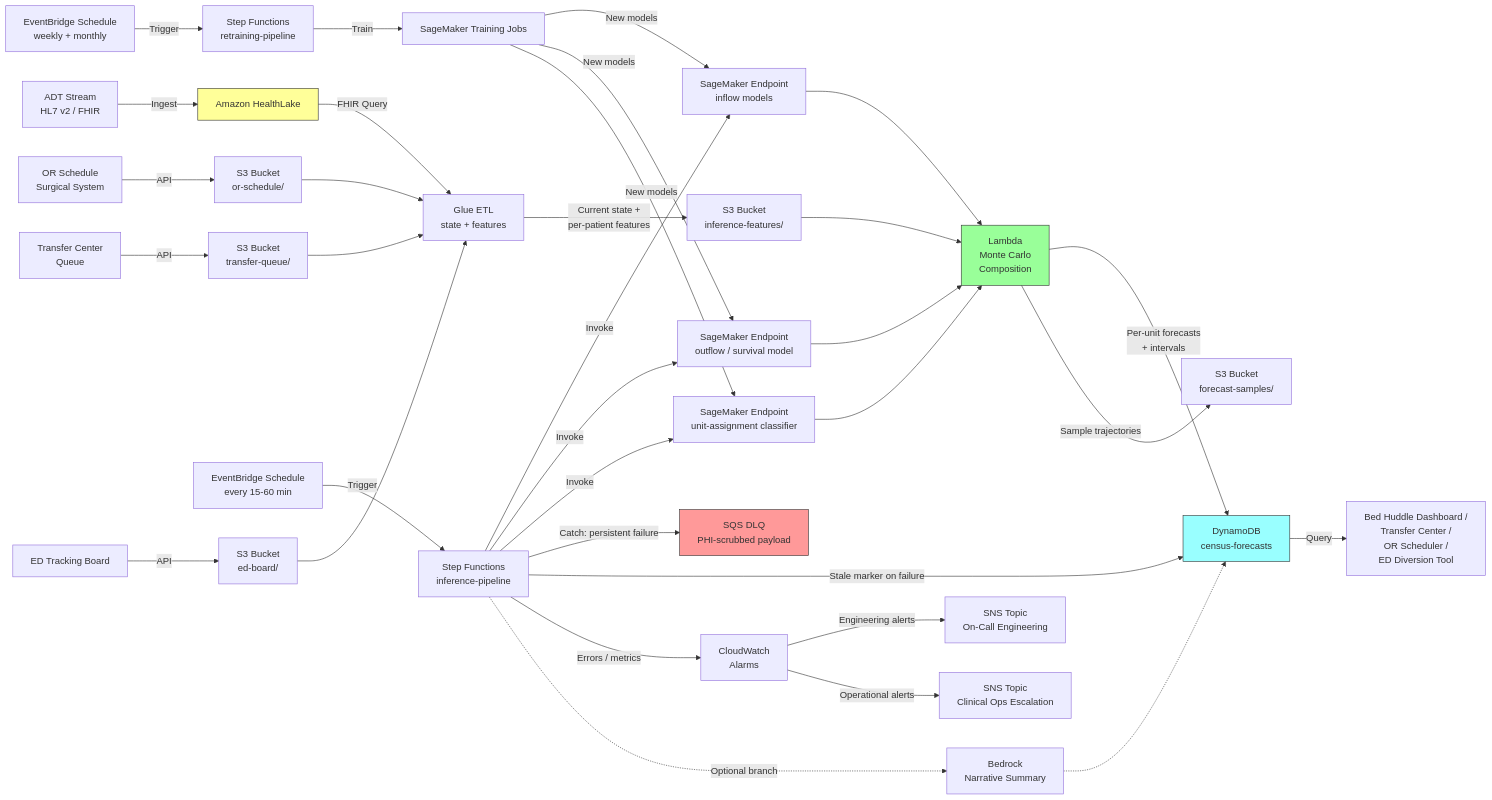
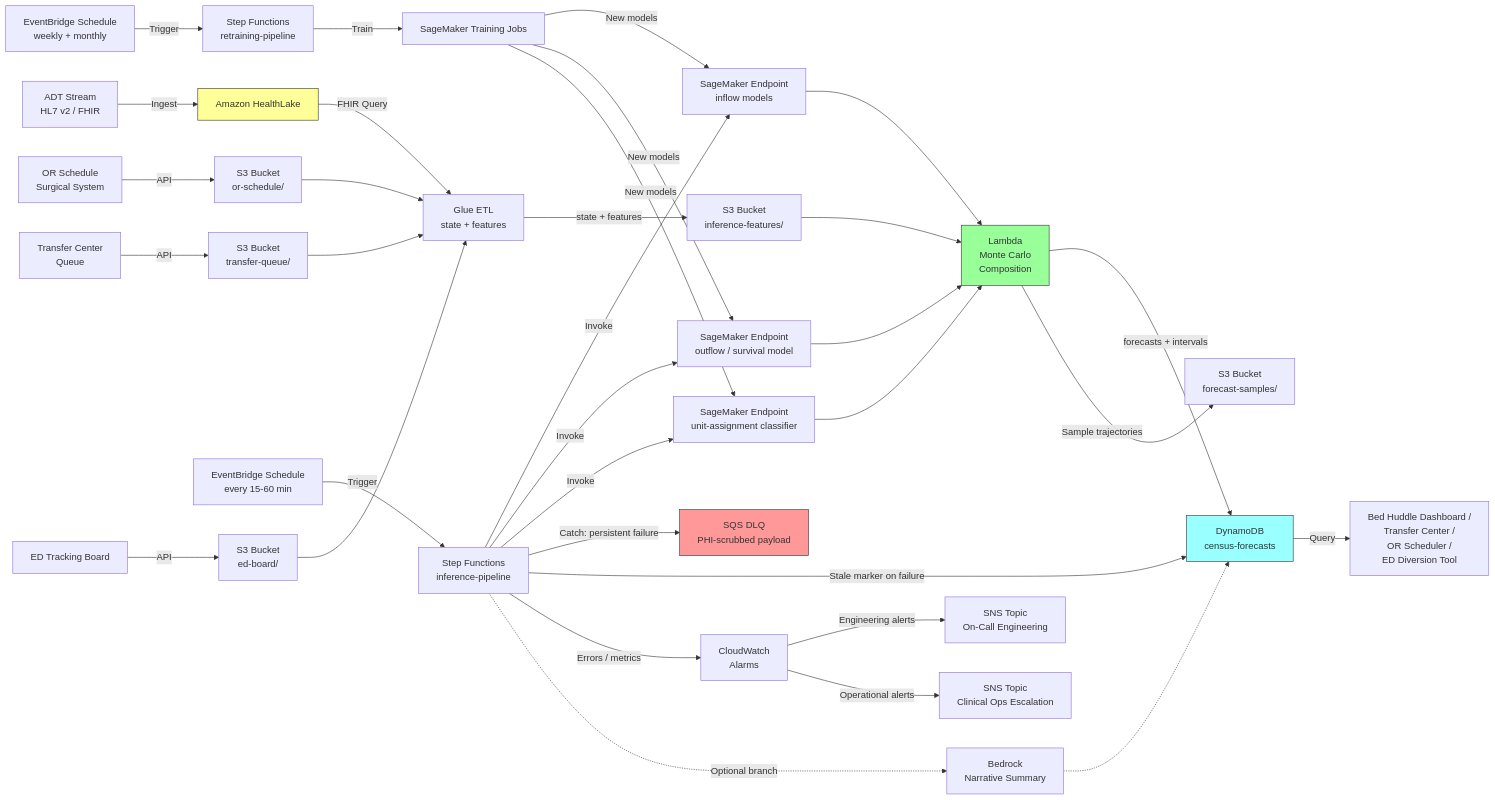
One commit to ccrngd1/HCLS-ai-book changed the diagram in chapter12.05-architecture.md. Above: the diagram before and after it, drawn with Mermaid. The commit also changed other lines of this file and 185 other files, not shown here.

````diff
--- a/chapter12.05-architecture.md
+++ b/chapter12.05-architecture.md
@@ -39,40 +39,40 @@
 ```mermaid
 flowchart LR
     A[ADT Stream<br/>HL7 v2 / FHIR] -->|Ingest| B[Amazon HealthLake]
     OR[OR Schedule<br/>Surgical System] -->|API| C[S3 Bucket<br/>or-schedule/]
     TC[Transfer Center<br/>Queue] -->|API| D[S3 Bucket<br/>transfer-queue/]
     ED[ED Tracking Board] -->|API| E[S3 Bucket<br/>ed-board/]
     B -->|FHIR Query| F[Glue ETL<br/>state + features]
     C --> F
     D --> F
     E --> F
-    F -->|Current state +<br/>per-patient features| G[S3 Bucket<br/>inference-features/]
+    F -->|"state + features"| G[S3 Bucket<br/>inference-features/]
     H[EventBridge Schedule<br/>every 15-60 min] -->|Trigger| I[Step Functions<br/>inference-pipeline]
     I -->|Invoke| J[SageMaker Endpoint<br/>inflow models]
     I -->|Invoke| K[SageMaker Endpoint<br/>outflow / survival model]
     I -->|Invoke| L[SageMaker Endpoint<br/>unit-assignment classifier]
     J --> M[Lambda<br/>Monte Carlo<br/>Composition]
     K --> M
     L --> M
     G --> M
-    M -->|Per-unit forecasts<br/>+ intervals| N[DynamoDB<br/>census-forecasts]
+    M -->|"forecasts + intervals"| N[DynamoDB<br/>census-forecasts]
     M -->|Sample trajectories| O[S3 Bucket<br/>forecast-samples/]
     N -->|Query| P[Bed Huddle Dashboard /<br/>Transfer Center /<br/>OR Scheduler /<br/>ED Diversion Tool]
     R[EventBridge Schedule<br/>weekly + monthly] -->|Trigger| S[Step Functions<br/>retraining-pipeline]
     S -->|Train| T[SageMaker Training Jobs]
     T -->|New models| J
     T -->|New models| K
     T -->|New models| L
     I -->|Catch: persistent failure| DLQ[SQS DLQ<br/>PHI-scrubbed payload]
     I -->|Stale marker on failure| N
     I -->|Errors / metrics| Z[CloudWatch<br/>Alarms]
     Z -->|Engineering alerts| SNS1[SNS Topic<br/>On-Call Engineering]
     Z -->|Operational alerts| SNS2[SNS Topic<br/>Clinical Ops Escalation]
     I -.->|Optional branch| BK[Bedrock<br/>Narrative Summary]
     BK -.-> N
 
     style B fill:#ff9,stroke:#333
     style M fill:#9f9,stroke:#333
     style N fill:#9ff,stroke:#333
     style DLQ fill:#f99,stroke:#333
 ```
````
